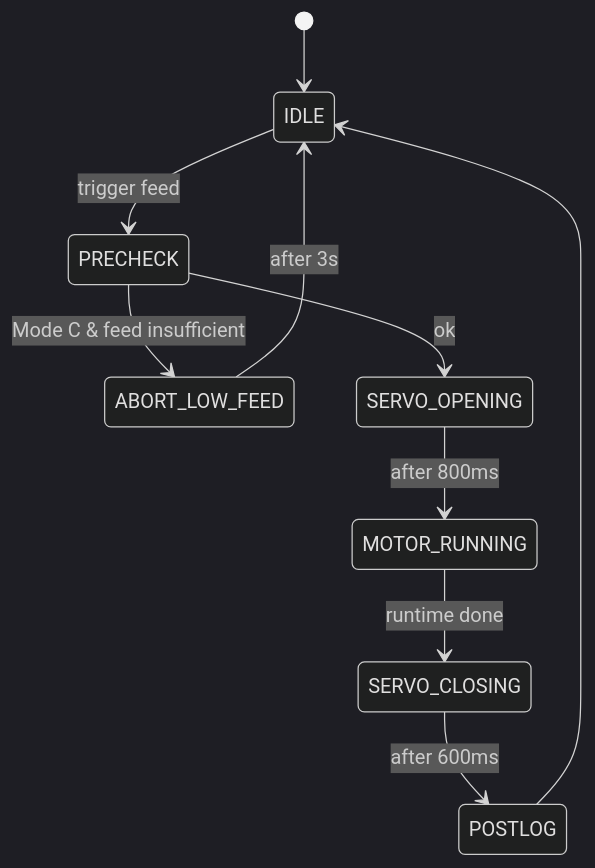
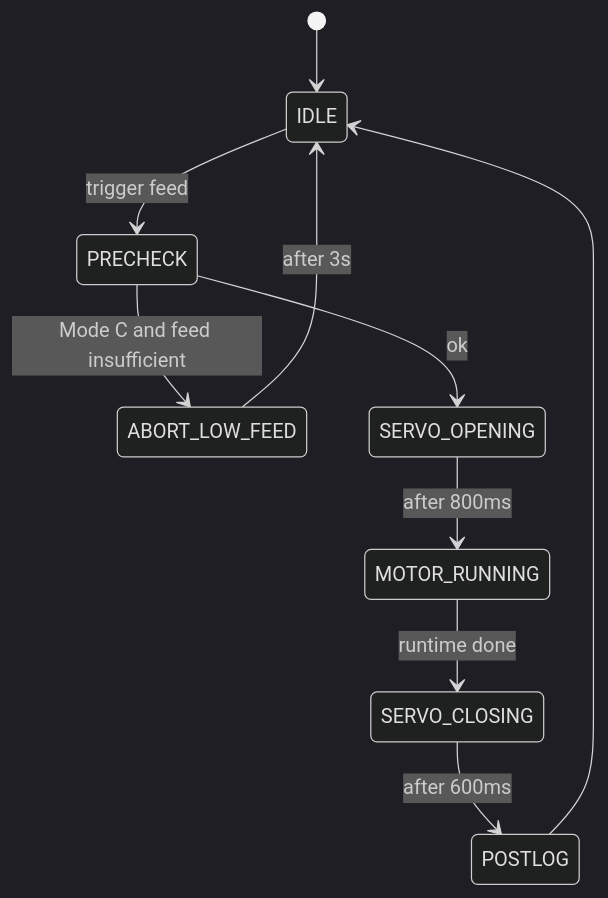
Before and after one commit to Frey210/Feederasea: the second of 3 diagrams in README.md, drawn with Mermaid (dark theme). The commit also changed other lines of this file and 1 other file, not shown here.

````diff
--- a/README.md
+++ b/README.md
@@ -188,12 +224,12 @@
 ```mermaid
 stateDiagram-v2
   [*] --> IDLE
   IDLE --> PRECHECK: trigger feed
-  PRECHECK --> ABORT_LOW_FEED: Mode C & feed insufficient
+  PRECHECK --> ABORT_LOW_FEED: Mode C and feed insufficient
   PRECHECK --> SERVO_OPENING: ok
   SERVO_OPENING --> MOTOR_RUNNING: after 800ms
   MOTOR_RUNNING --> SERVO_CLOSING: runtime done
   SERVO_CLOSING --> POSTLOG: after 600ms
   POSTLOG --> IDLE
   ABORT_LOW_FEED --> IDLE: after 3s
 ```
````
